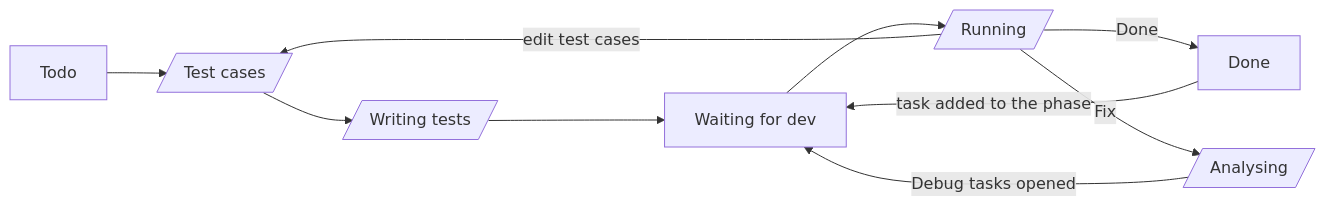
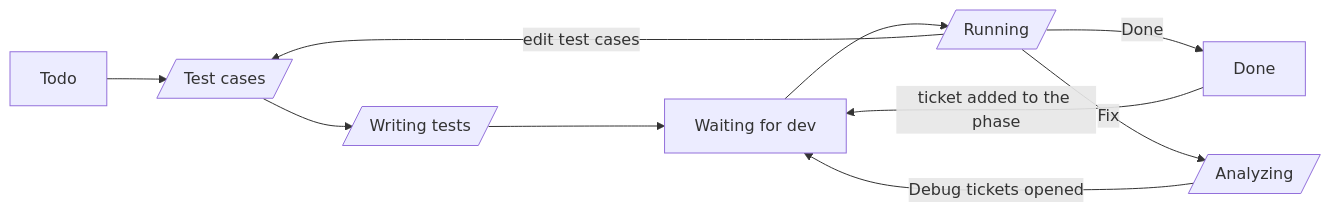
The third of 3 diagrams in docs/brief.md (josh79622/tickie), drawn with Mermaid before and after one commit. The commit also changed other lines of this file and 8 other files, not shown here.

First line of the commit message:
Add Ticket entity with enums, phase link and AddTicket migration

````diff
--- a/docs/brief.md
+++ b/docs/brief.md
@@ -117,9 +117,9 @@
 ```mermaid
 flowchart LR
     todo[Todo] --> tc[/Test cases/] --> wt[/Writing tests/] --> wait[Waiting for dev] --> running[/Running/]
     running -- Done --> done[Done]
-    running -- Fix --> analysing[/Analysing/]
-    analysing -- Debug tasks opened --> wait
+    running -- Fix --> analyzing[/Analyzing/]
+    analyzing -- Debug tickets opened --> wait
     running -- edit test cases --> tc
-    done -- task added to the phase --> wait
+    done -- ticket added to the phase --> wait
 ```
````
